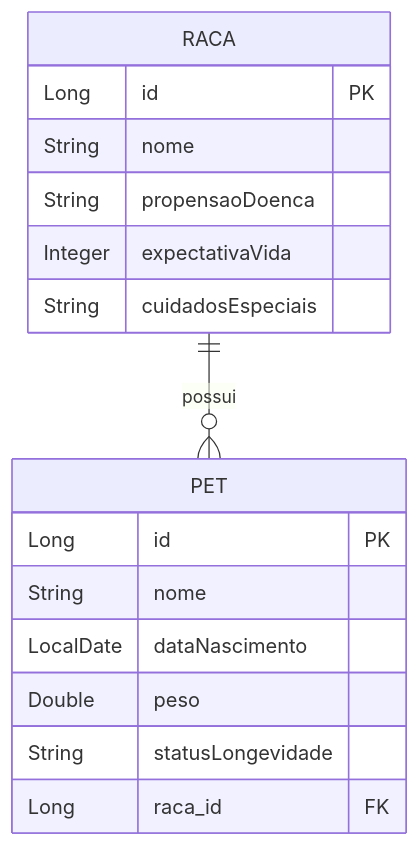
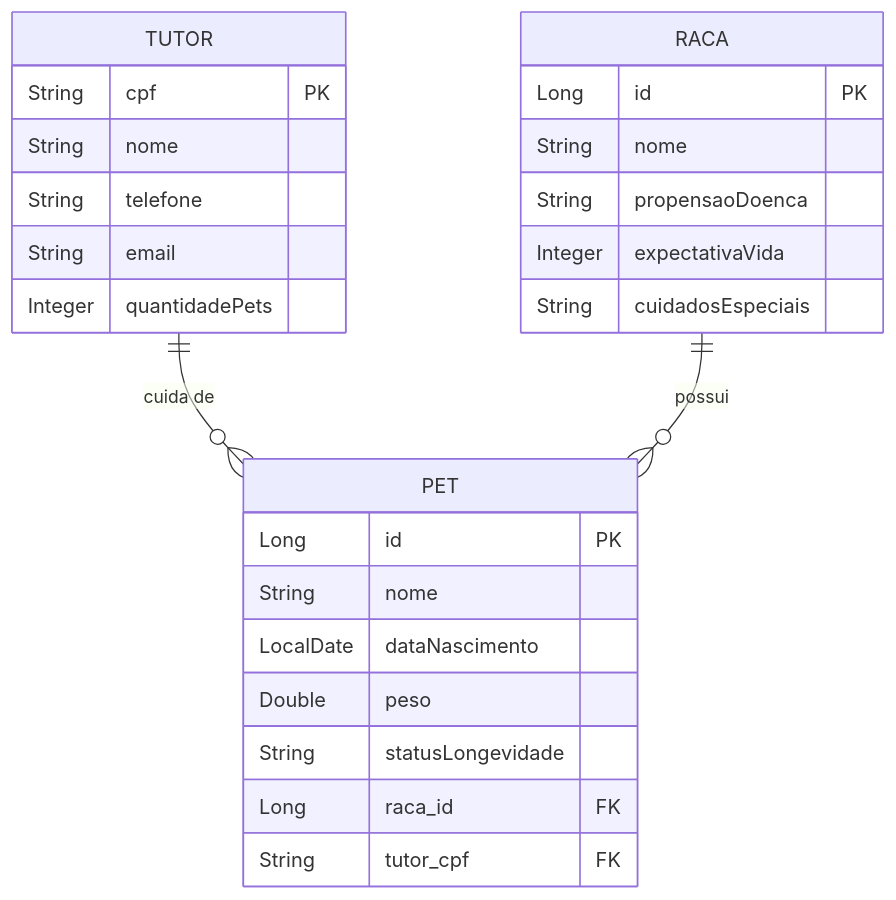
Before and after one commit to Gabriel-Maciel06/CHJava: the diagram in README.md, drawn with Mermaid. The commit also changed 3 other files, not shown here.

Commit message:
feat: Add Tutor entity and relationship with Pet

````diff
--- a/README.md
+++ b/README.md
@@ -16,19 +16,29 @@
 ```mermaid
 erDiagram
+    TUTOR ||--o{ PET : "cuida de"
     RACA ||--o{ PET : "possui"
+    
+    TUTOR {
+        String cpf PK
+        String nome
+        String telefone
+        String email
+        Integer quantidadePets
+    }
     RACA {
         Long id PK
         String nome
         String propensaoDoenca
         Integer expectativaVida
         String cuidadosEspeciais
     }
     PET {
         Long id PK
         String nome
         LocalDate dataNascimento
         Double peso
         String statusLongevidade
         Long raca_id FK
+        String tutor_cpf FK
     }
 ```
````
